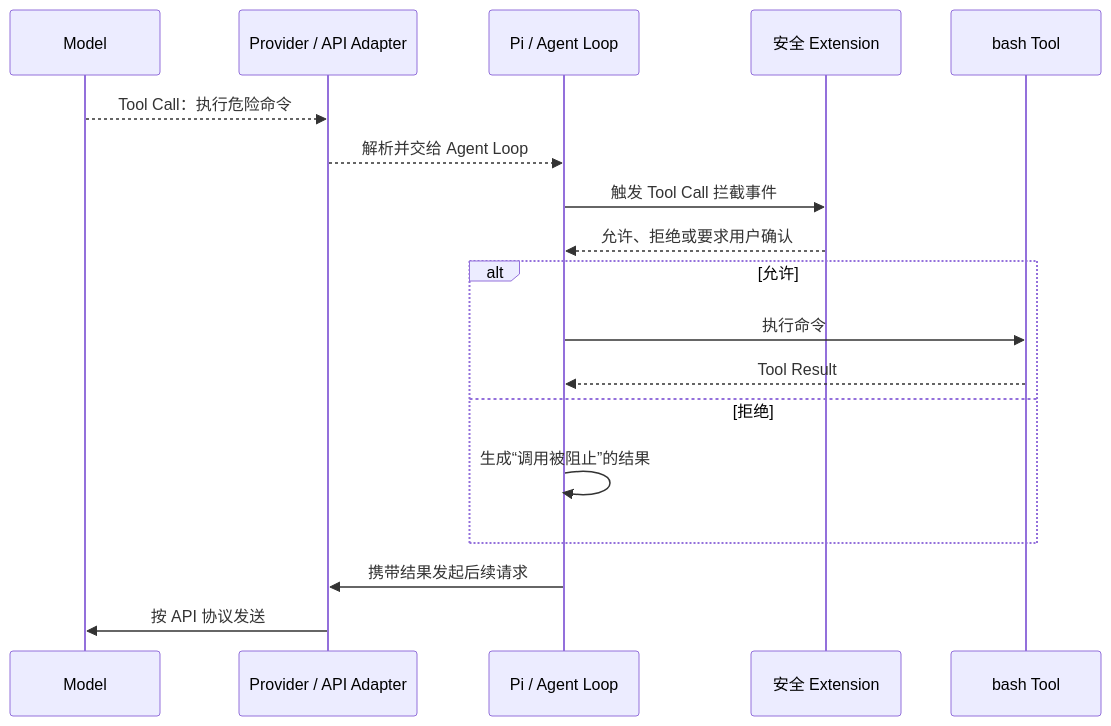
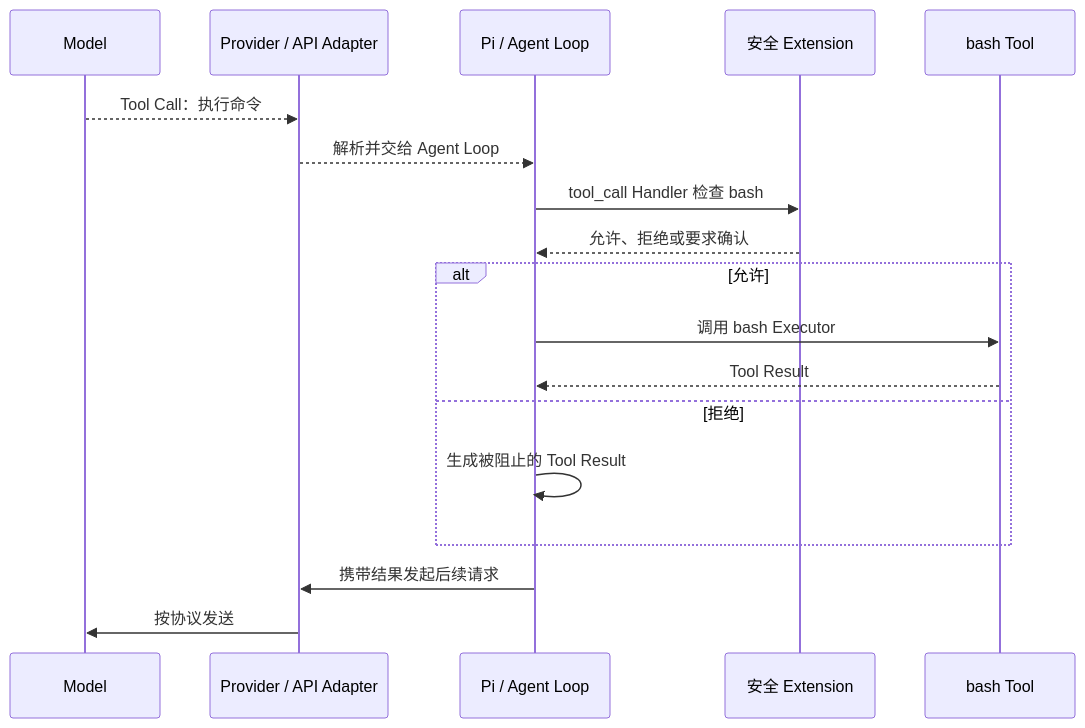
The fourth of 4 diagrams in docs/learning/06-extensions.md (small-xiexu/pi-study), drawn with Mermaid before and after one commit. The commit also changed other lines of this file and 14 other files, not shown here.

````diff
--- a/docs/learning/06-extensions.md
+++ b/docs/learning/06-extensions.md
@@ -95,21 +224,21 @@
 ```mermaid
 sequenceDiagram
     participant M as Model
     participant A as Provider / API Adapter
     participant P as Pi / Agent Loop
     participant E as 安全 Extension
     participant T as bash Tool
 
-    M-->>A: Tool Call：执行危险命令
+    M-->>A: Tool Call：执行命令
     A-->>P: 解析并交给 Agent Loop
-    P->>E: 触发 Tool Call 拦截事件
-    E-->>P: 允许、拒绝或要求用户确认
+    P->>E: tool_call Handler 检查 bash
+    E-->>P: 允许、拒绝或要求确认
     alt 允许
-        P->>T: 执行命令
+        P->>T: 调用 bash Executor
         T-->>P: Tool Result
     else 拒绝
-        P->>P: 生成“调用被阻止”的结果
+        P->>P: 生成被阻止的 Tool Result
     end
     P->>A: 携带结果发起后续请求
-    A->>M: 按 API 协议发送
+    A->>M: 按协议发送
 ```
````
